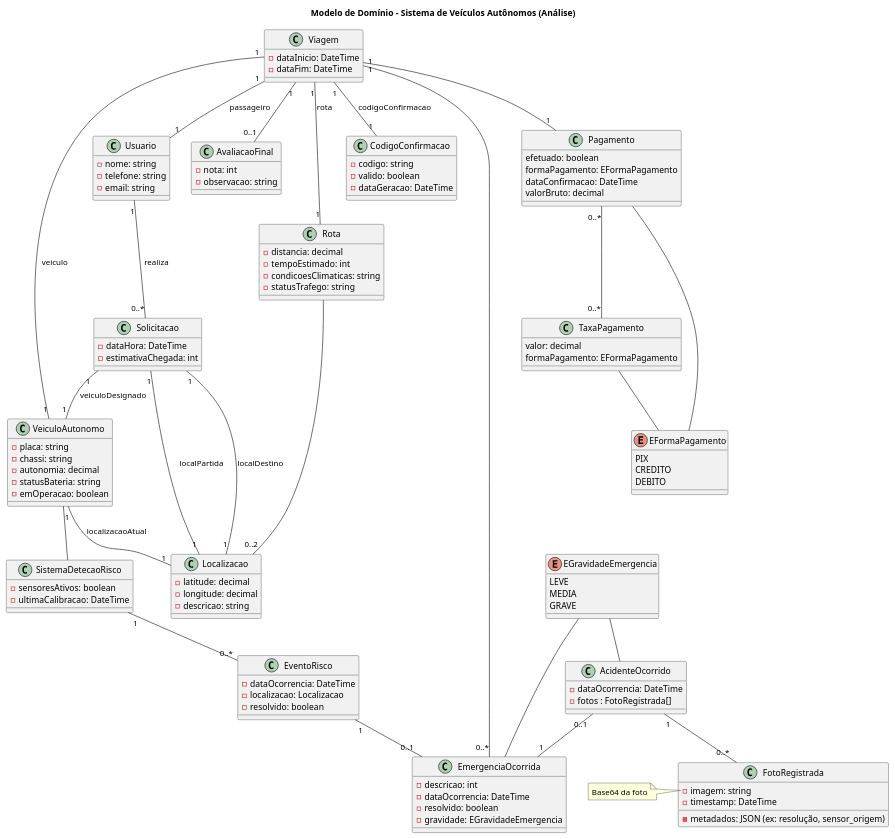
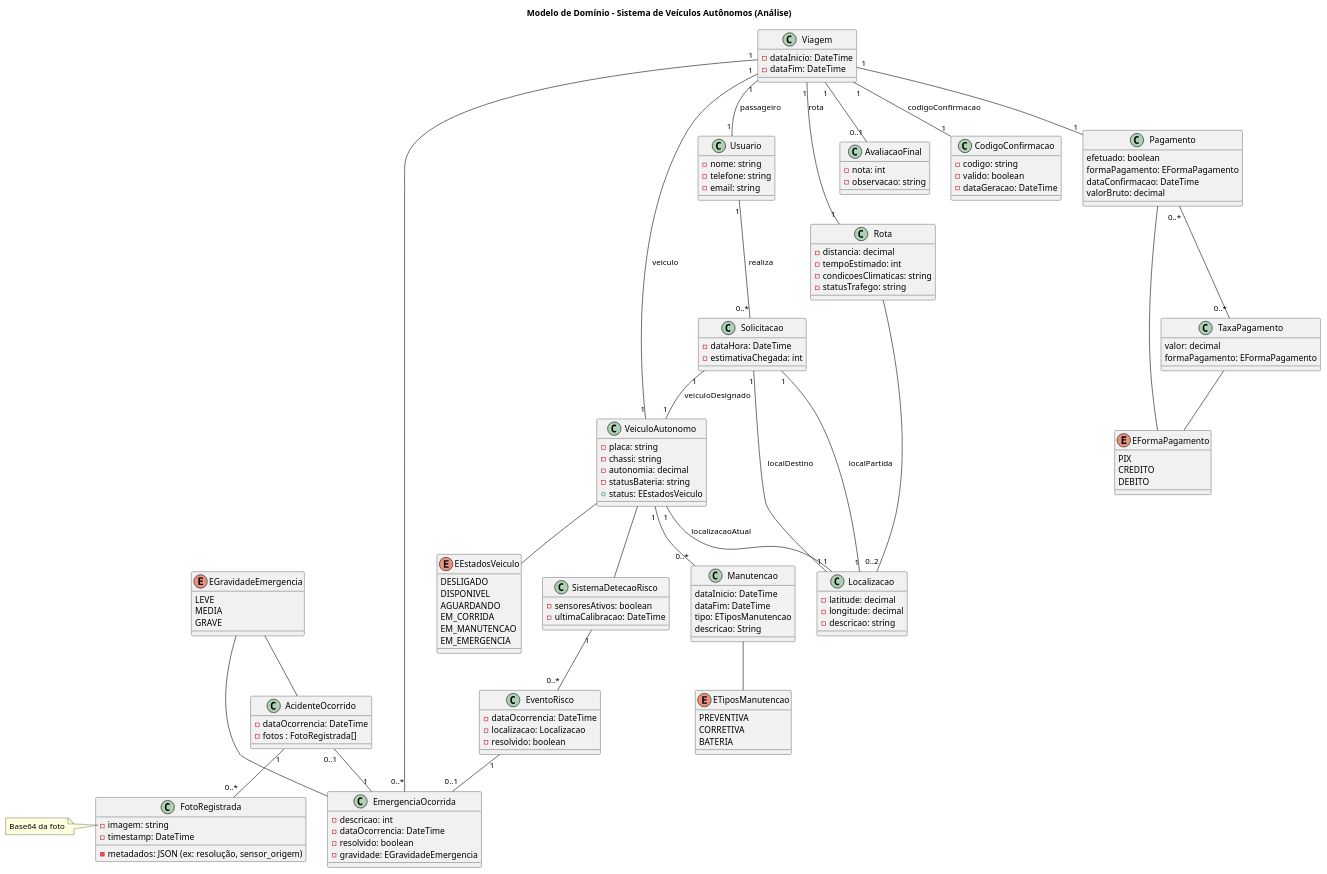
The diagram in projeto_revisado/diagrama_classes/classe_analise.plantuml (gilmarUFG/rs_es_20251_g6), drawn with PlantUML before and after one commit.

Commit message:
feat: atualizando diagrama de classes

```diff
--- a/projeto_revisado/diagrama_classes/classe_analise.plantuml
+++ b/projeto_revisado/diagrama_classes/classe_analise.plantuml
@@ -1,137 +1,163 @@
 @startuml
 title Modelo de Domínio - Sistema de Veículos Autônomos (Análise)
 
 class Usuario {
   - nome: string
   - telefone: string
   - email: string
 }
 
 class Localizacao {
   - latitude: decimal
   - longitude: decimal
   - descricao: string
 }
 
 class VeiculoAutonomo {
   - placa: string
   - chassi: string
   - autonomia: decimal
   - statusBateria: string
-  - emOperacao: boolean
+  + status: EEstadosVeiculo
+}
+
+class Manutencao {
+  dataInicio: DateTime
+  dataFim: DateTime
+  tipo: ETiposManutencao
+  descricao: String
+}
+
+Enum ETiposManutencao{
+  PREVENTIVA
+  CORRETIVA
+  BATERIA
+}
+
+Enum EEstadosVeiculo{
+  DESLIGADO
+  DISPONIVEL
+  AGUARDANDO
+  EM_CORRIDA
+  EM_MANUTENCAO
+  EM_EMERGENCIA
 }
 
 class Solicitacao {
   - dataHora: DateTime
   - estimativaChegada: int
 }
 
 class Viagem {
   - dataInicio: DateTime
   - dataFim: DateTime
 }
 
 class AvaliacaoFinal {
     - nota: int
     - observacao: string
 }
 
 class EmergenciaOcorrida {
     - descricao: int
     - dataOcorrencia: DateTime
     - resolvido: boolean
     - gravidade: EGravidadeEmergencia
 }
 
 class AcidenteOcorrido{
     - dataOcorrencia: DateTime
     - fotos : FotoRegistrada[]
 }
 
 class FotoRegistrada{
   - imagem: string
   - timestamp: DateTime
   - metadados: JSON (ex: resolução, sensor_origem)
 }
 
 note left of FotoRegistrada::"imagem: string"
   Base64 da foto
 end note
 
 Enum EGravidadeEmergencia{
     LEVE
     MEDIA
     GRAVE
 }
 
 class CodigoConfirmacao {
   - codigo: string
   - valido: boolean
   - dataGeracao: DateTime
 }
 
 class Rota {
   - distancia: decimal
   - tempoEstimado: int
   - condicoesClimaticas: string
   - statusTrafego: string
 }
 
 class SistemaDetecaoRisco {
   - sensoresAtivos: boolean
   - ultimaCalibracao: DateTime
 }
 
 class EventoRisco {
   - dataOcorrencia: DateTime
   - localizacao: Localizacao
   - resolvido: boolean
 }
 
 class Pagamento {
   efetuado: boolean
   formaPagamento: EFormaPagamento
   dataConfirmacao: DateTime
   valorBruto: decimal
 }
 
 class TaxaPagamento{
   valor: decimal
   formaPagamento: EFormaPagamento
 }
 
 Enum EFormaPagamento {
 PIX
 CREDITO
 DEBITO
 }
 
 Usuario "1" -- "0..*" Solicitacao : realiza
 Solicitacao "1" -- "1" Localizacao : localPartida
 Solicitacao "1" -- "1" Localizacao : localDestino
 Solicitacao "1" -- "1" VeiculoAutonomo : veiculoDesignado
 
 Viagem "1" -- "1" Usuario : passageiro
 Viagem "1" -- "1" VeiculoAutonomo : veiculo
 Viagem "1" -- "1" CodigoConfirmacao : codigoConfirmacao
 Viagem "1" -- "1" Rota : rota
 Viagem "1" -- "0..1" AvaliacaoFinal
 Viagem "1" -- "0..*" EmergenciaOcorrida
 Viagem "1" -- "1" Pagamento
 
 Pagamento -- EFormaPagamento
 Pagamento "0..*" -- "0..*" TaxaPagamento
 TaxaPagamento -- EFormaPagamento
 
 EGravidadeEmergencia -- EmergenciaOcorrida
 AcidenteOcorrido "0..1" -- "1" EmergenciaOcorrida
 EGravidadeEmergencia -- AcidenteOcorrido
 AcidenteOcorrido "1" -- "0..*" FotoRegistrada
 
 VeiculoAutonomo "1" -- "1" Localizacao : localizacaoAtual
 VeiculoAutonomo -- SistemaDetecaoRisco
+VeiculoAutonomo -- EEstadosVeiculo
+VeiculoAutonomo "1" -- "0..*" Manutencao
 Rota -- "0..2" Localizacao
+
+Manutencao -- ETiposManutencao
 
 SistemaDetecaoRisco "1" -- "0..*" EventoRisco
 EventoRisco "1" -- "0..1" EmergenciaOcorrida
 @enduml
```
